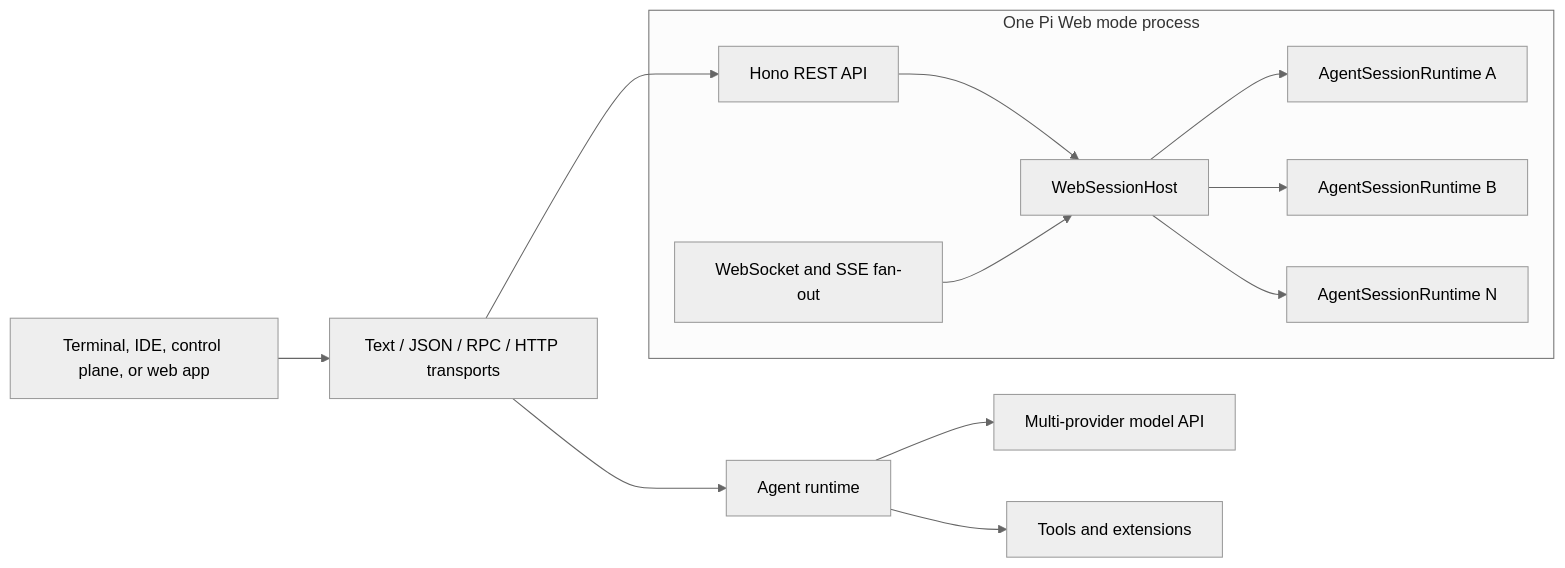
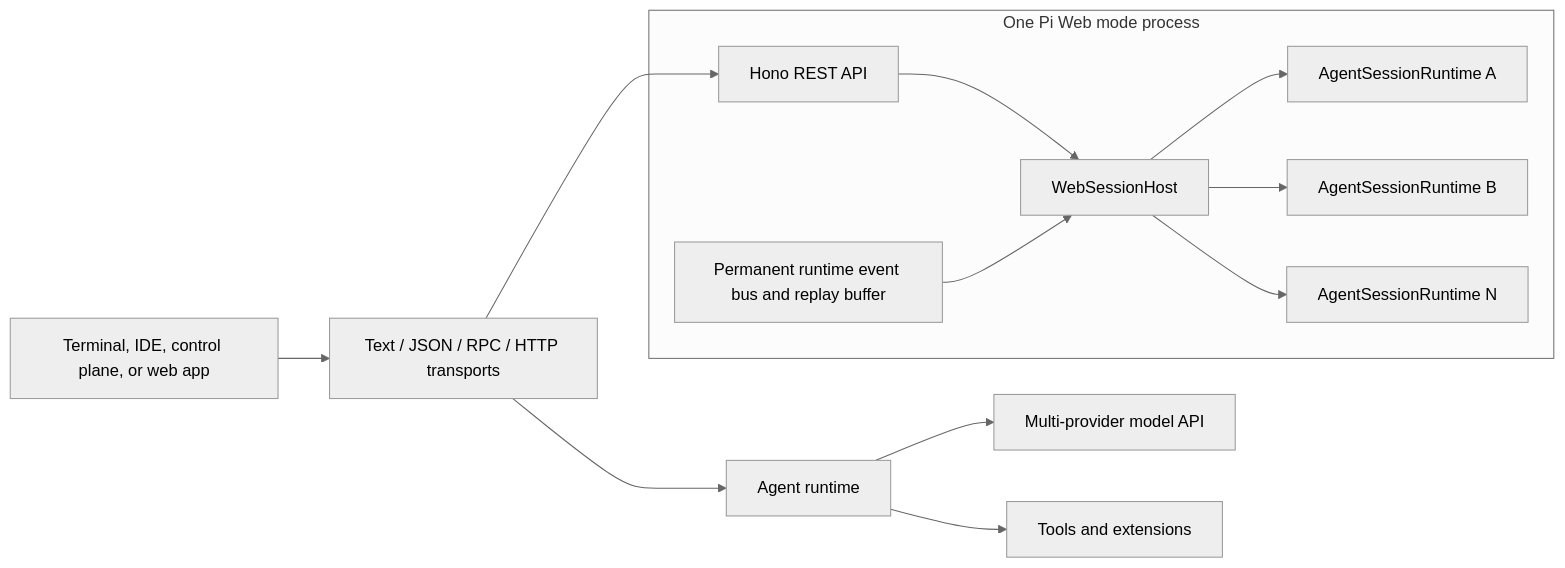
One commit to Garhorne0813/pi-orbit changed the diagram in README.md. Above: the diagram before and after it, drawn with Mermaid (neutral theme). The commit also changed other lines of this file and 12 other files, not shown here.

Commit message:
feat(coding-agent): harden the personal web runtime host

````diff
--- a/README.md
+++ b/README.md
@@ -211,23 +255,23 @@
 ```mermaid
 flowchart LR
     UI["Terminal, IDE, control plane, or web app"] --> T["Text / JSON / RPC / HTTP transports"]
     T --> CORE["Agent runtime"]
     CORE --> AI["Multi-provider model API"]
     CORE --> TOOLS["Tools and extensions"]
 
     subgraph WEB["One Pi Web mode process"]
         API["Hono REST API"]
-        EVENTS["WebSocket and SSE fan-out"]
+        EVENTS["Permanent runtime event bus and replay buffer"]
         HOST["WebSessionHost"]
         S1["AgentSessionRuntime A"]
         S2["AgentSessionRuntime B"]
         SN["AgentSessionRuntime N"]
         API --> HOST
         EVENTS --> HOST
         HOST --> S1
         HOST --> S2
         HOST --> SN
     end
 
     T --> API
 ```
````
